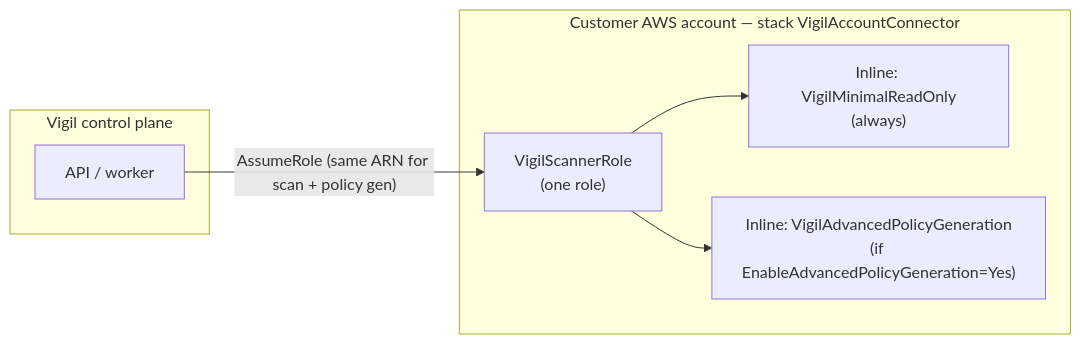
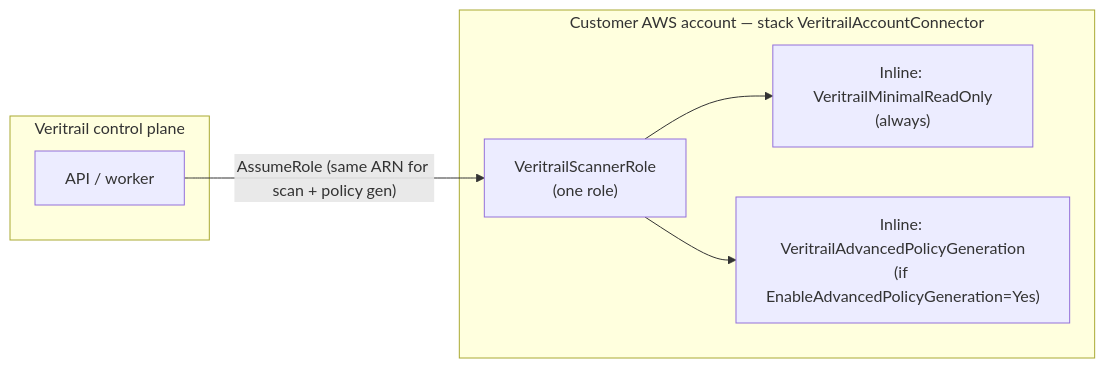
Before and after one commit to Veritrail/Veritrail: the second of 2 diagrams in docs/deepsearch-v6-map.md, drawn with Mermaid. The commit also changed other lines of this file and 264 other files, not shown here.

````diff
--- a/docs/deepsearch-v6-map.md
+++ b/docs/deepsearch-v6-map.md
@@ -48,16 +48,16 @@
 ```mermaid
 flowchart LR
-  subgraph vigil["Vigil control plane"]
+  subgraph veritrail["Veritrail control plane"]
     API[API / worker]
   end
 
-  subgraph customer["Customer AWS account — stack VigilAccountConnector"]
-    Role["VigilScannerRole\n(one role)"]
-    Base["Inline: VigilMinimalReadOnly\n(always)"]
-    Opt["Inline: VigilAdvancedPolicyGeneration\n(if EnableAdvancedPolicyGeneration=Yes)"]
+  subgraph customer["Customer AWS account — stack VeritrailAccountConnector"]
+    Role["VeritrailScannerRole\n(one role)"]
+    Base["Inline: VeritrailMinimalReadOnly\n(always)"]
+    Opt["Inline: VeritrailAdvancedPolicyGeneration\n(if EnableAdvancedPolicyGeneration=Yes)"]
     Role --> Base
     Role --> Opt
   end
 
   API -->|"AssumeRole (same ARN for scan + policy gen)"| Role
 ```
````
